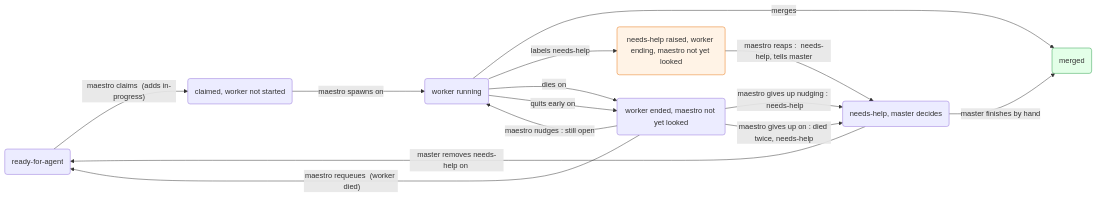
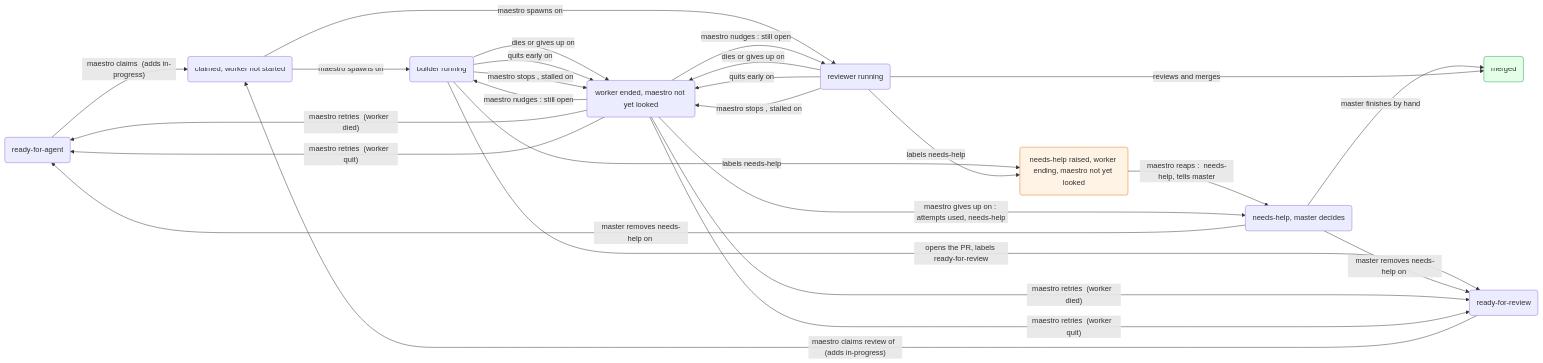
Before and after one commit to pingdotgg/t3code: the diagram in workflow/skills/ak/maestro/model/lifecycle-faithful.mmd, drawn with Mermaid. The commit also changed 584 other files, not shown here.

First line of the commit message:
feat(workflow): maestro builds, reviews and learns on its own (#28)

```diff
--- a/workflow/skills/ak/maestro/model/lifecycle-faithful.mmd
+++ b/workflow/skills/ak/maestro/model/lifecycle-faithful.mmd
@@ -1,26 +1,40 @@
 flowchart LR
   %% lifecycle of one issue (A), every full-model step that changes it, faithful variant
   n0("ready-for-agent")
   n1("claimed, worker not started")
-  n2("worker running")
-  n3("merged")
-  n4("needs-help raised, worker ending, maestro not yet looked")
-  n5("worker ended, maestro not yet looked")
+  n2("builder running")
+  n3("worker ended, maestro not yet looked")
+  n4("ready-for-review")
+  n5("needs-help raised, worker ending, maestro not yet looked")
   n6("needs-help, master decides")
+  n7("merged")
+  n8("reviewer running")
+  n2 -->|"<W> labels <issue> needs-help"| n5
+  n2 -->|"<W> opens the PR, labels <issue> ready-for-review"| n4
+  n2 -->|"<W> dies or gives up on <issue>"| n3
+  n2 -->|"<W> quits early on <issue>"| n3
+  n2 -->|"maestro stops <W>, stalled on <issue>"| n3
   n1 -->|"maestro spawns <W> on <issue>"| n2
-  n4 -->|"maestro reaps <W>: <issue> needs-help, tells master"| n6
-  n6 -->|"master finishes <issue> by hand"| n3
+  n1 -->|"maestro spawns <W> on <issue>"| n8
+  n5 -->|"maestro reaps <W>: <issue> needs-help, tells master"| n6
+  n6 -->|"master finishes <issue> by hand"| n7
   n6 -->|"master removes needs-help on <issue>"| n0
+  n6 -->|"master removes needs-help on <issue>"| n4
   n0 -->|"maestro claims <issue> (adds in-progress)"| n1
-  n5 -->|"maestro gives up nudging <W>: <issue> needs-help"| n6
-  n5 -->|"maestro gives up on <issue>: died twice, needs-help"| n6
-  n5 -->|"maestro requeues <issue> (worker <W> died)"| n0
-  n5 -->|"maestro nudges <W>: <issue> still open"| n2
-  n2 -->|"<W> merges <issue>"| n3
-  n2 -->|"<W> labels <issue> needs-help"| n4
-  n2 -->|"<W> dies on <issue>"| n5
-  n2 -->|"<W> quits early on <issue>"| n5
+  n4 -->|"maestro claims review of <issue> (adds in-progress)"| n1
+  n8 -->|"<W> reviews and merges <issue>"| n7
+  n8 -->|"<W> labels <issue> needs-help"| n5
+  n8 -->|"<W> dies or gives up on <issue>"| n3
+  n8 -->|"<W> quits early on <issue>"| n3
+  n8 -->|"maestro stops <W>, stalled on <issue>"| n3
+  n3 -->|"maestro nudges <W>: <issue> still open"| n2
+  n3 -->|"maestro gives up on <issue>: attempts used, needs-help"| n6
+  n3 -->|"maestro retries <issue> (worker <W> died)"| n0
+  n3 -->|"maestro retries <issue> (worker <W> quit)"| n0
+  n3 -->|"maestro retries <issue> (worker <W> died)"| n4
+  n3 -->|"maestro retries <issue> (worker <W> quit)"| n4
+  n3 -->|"maestro nudges <W>: <issue> still open"| n8
   classDef warn fill:#fff3e6,stroke:#e8730c
   classDef done fill:#e3ffe8,stroke:#2a9d4a
-  class n3 done
-  class n4 warn
+  class n5 warn
+  class n7 done
```
